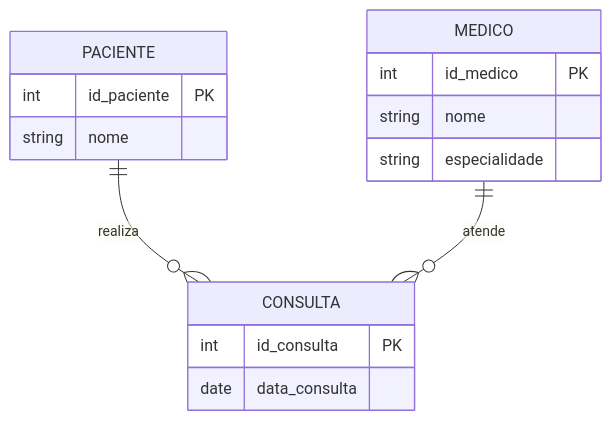
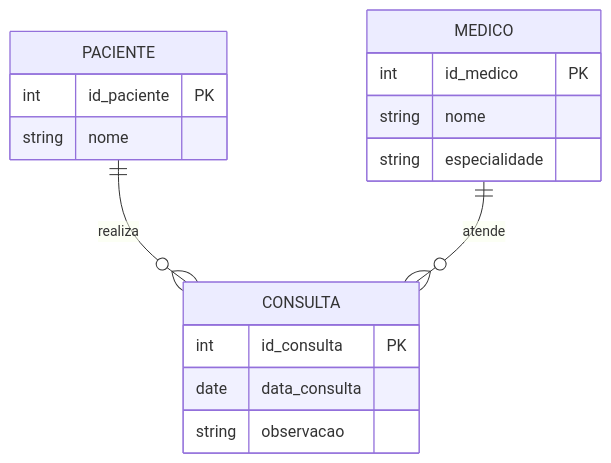
Before and after one commit to JulianaBatistadoAmarante/banco_dados: the fifth of 6 diagrams in Banco de dados/Aula02-MER-e-Modelagem.md, drawn with Mermaid. The commit also changed other lines of this file, not shown here.

````diff
--- a/Banco de dados/Aula02-MER-e-Modelagem.md
+++ b/Banco de dados/Aula02-MER-e-Modelagem.md
@@ -1,23 +593,24 @@
 ```mermaid
 erDiagram
 
     PACIENTE {
         int id_paciente PK
         string nome
     }
 
     MEDICO {
         int id_medico PK
         string nome
         string especialidade
     }
 
     CONSULTA {
         int id_consulta PK
         date data_consulta
+        string observacao
     }
 
     PACIENTE ||--o{ CONSULTA : realiza
 
     MEDICO ||--o{ CONSULTA : atende
 ```
````
